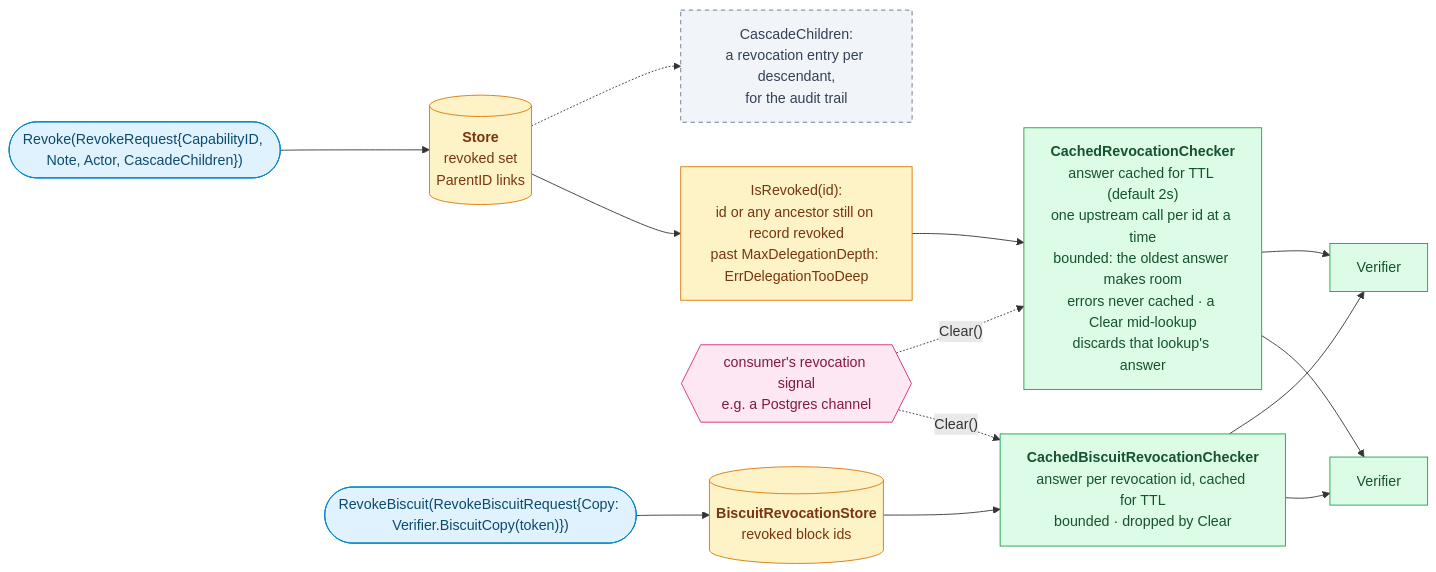
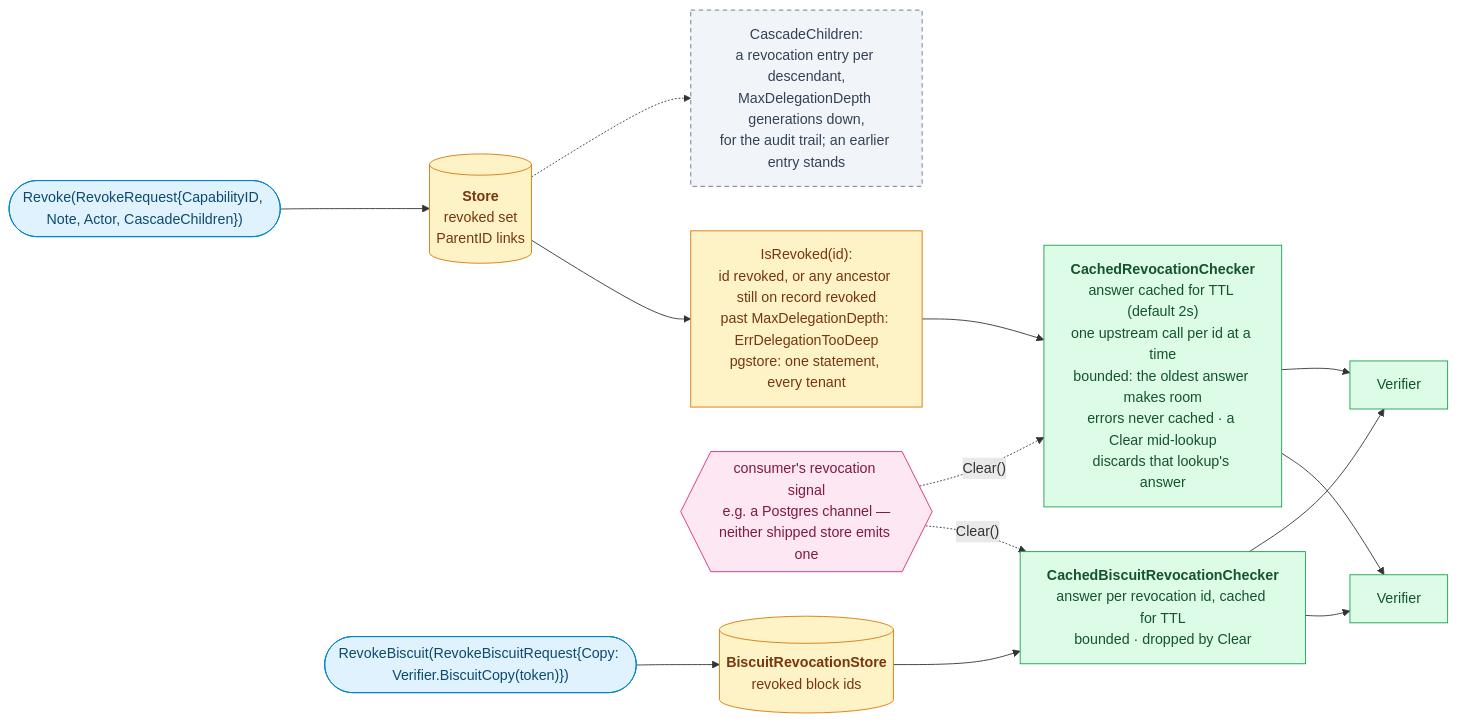
Diagram 11 of 11 in docs/diagrams.md (oleg-tkachuk/limes), drawn with Mermaid before and after one commit. The commit also changed other lines of this file, not shown here.

First line of the commit message:
docs(diagrams): show the shipped stores and correct the gates, charge and revocation

````diff
--- a/docs/diagrams.md
+++ b/docs/diagrams.md
@@ -745,36 +796,36 @@
 ```mermaid
 flowchart LR
     op(["Revoke(RevokeRequest{CapabilityID, Note, Actor, CascadeChildren})"])
     store[("<b>Store</b><br/>revoked set<br/>ParentID links")]
-    cascade["CascadeChildren:<br/>a revocation entry per descendant,<br/>for the audit trail"]
-    chain["IsRevoked(id):<br/>id or any ancestor still on record revoked<br/>past MaxDelegationDepth: ErrDelegationTooDeep"]
+    cascade["CascadeChildren:<br/>a revocation entry per descendant,<br/>MaxDelegationDepth generations down,<br/>for the audit trail; an earlier entry stands"]
+    chain["IsRevoked(id):<br/>id revoked, or any ancestor still on record revoked<br/>past MaxDelegationDepth: ErrDelegationTooDeep<br/>pgstore: one statement, every tenant"]
     cache["<b>CachedRevocationChecker</b><br/>answer cached for TTL (default 2s)<br/>one upstream call per id at a time<br/>bounded: the oldest answer makes room<br/>errors never cached · a Clear mid-lookup<br/>discards that lookup's answer"]
-    notify{{"consumer's revocation signal<br/>e.g. a Postgres channel"}}
+    notify{{"consumer's revocation signal<br/>e.g. a Postgres channel —<br/>neither shipped store emits one"}}
     bop(["RevokeBiscuit(RevokeBiscuitRequest{Copy: Verifier.BiscuitCopy(token)})"])
     blist[("<b>BiscuitRevocationStore</b><br/>revoked block ids")]
     bcache["<b>CachedBiscuitRevocationChecker</b><br/>answer per revocation id, cached for TTL<br/>bounded · dropped by Clear"]
     v1["Verifier"]
     v2["Verifier"]
 
     op --> store
     store -.-> cascade
     store --> chain --> cache
     cache --> v1
     cache --> v2
     notify -. "Clear()" .-> cache
     bop --> blist --> bcache
     bcache --> v1
     bcache --> v2
     notify -. "Clear()" .-> bcache
 
     classDef client fill:#E0F2FE,stroke:#0284C7,color:#0C4A6E
     classDef role fill:#DCFCE7,stroke:#16A34A,color:#14532D
     classDef optional fill:#F1F5F9,stroke:#64748B,color:#334155,stroke-dasharray:5 4
     classDef store fill:#FEF3C7,stroke:#D97706,color:#78350F
     classDef external fill:#FCE7F3,stroke:#DB2777,color:#831843
     class op,bop client
     class v1,v2,cache,bcache role
     class cascade optional
     class store,chain,blist store
     class notify external
 ```
````
